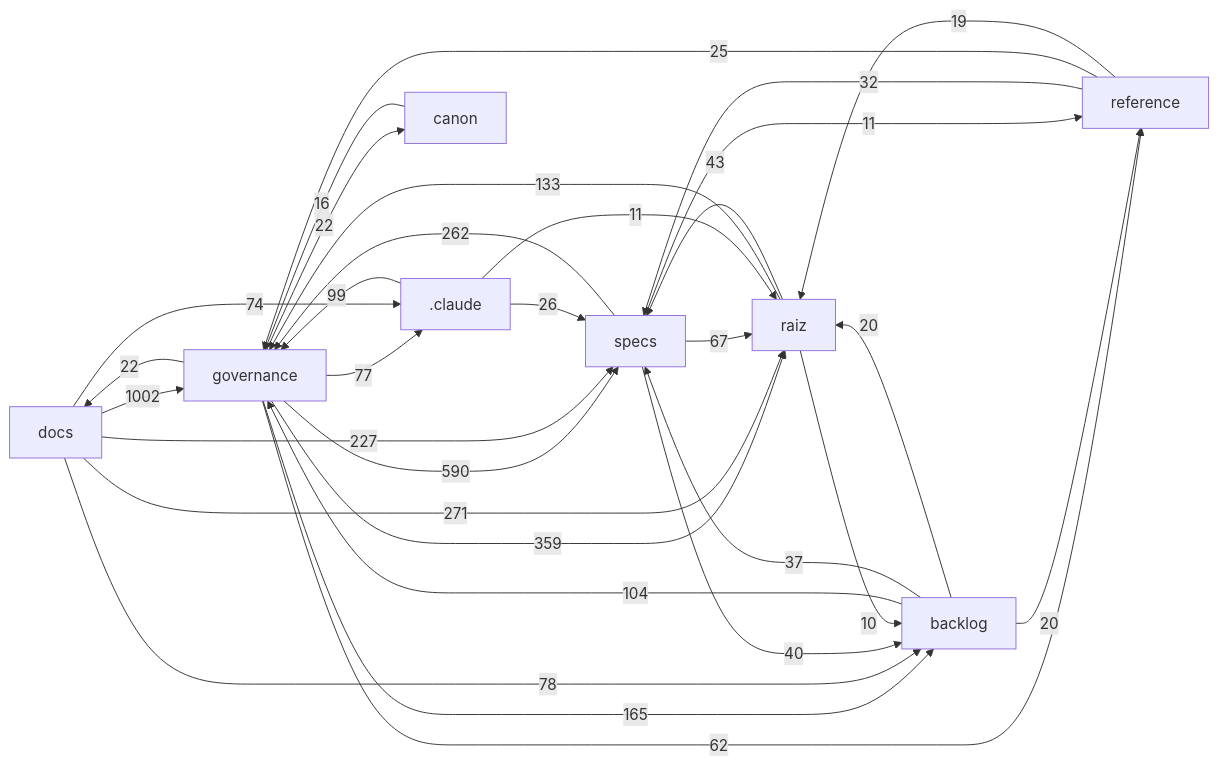
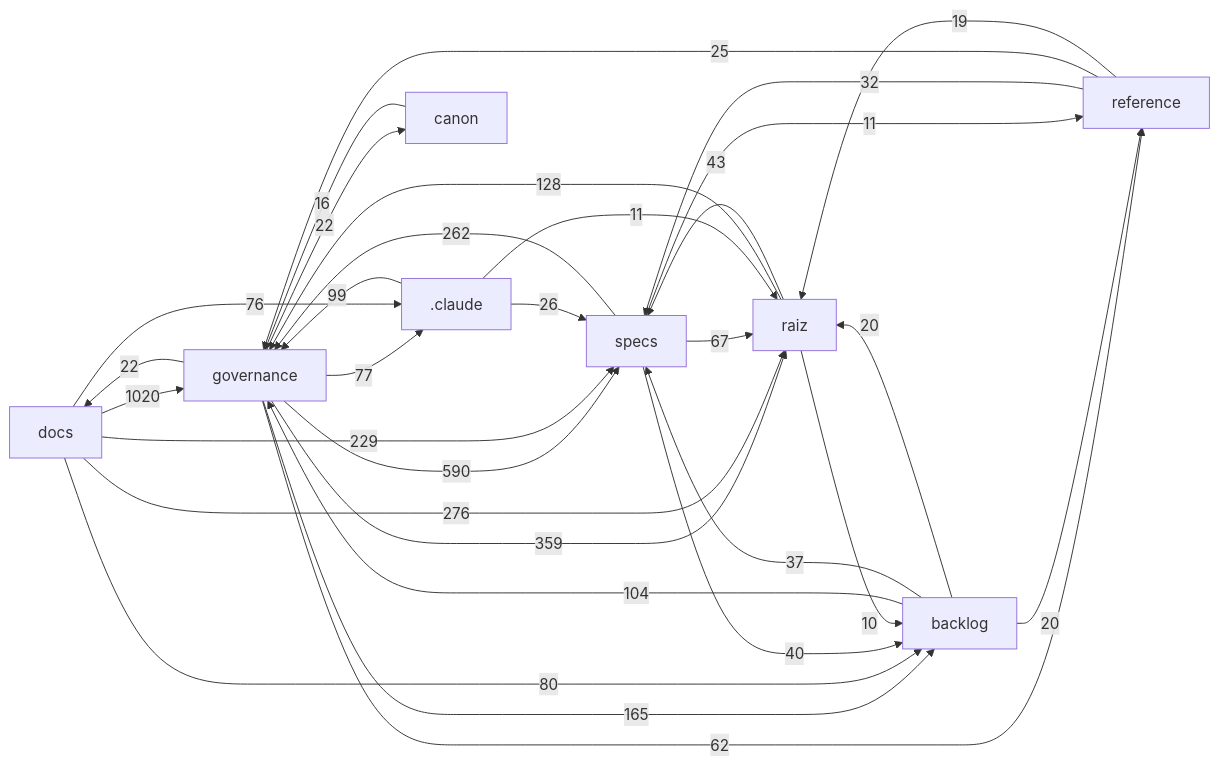
One commit to Andraus35/Sistema-Operacional-de-Trading--SOT changed the diagram in docs/mapa/MAPA-PROJETO.md. Above: the diagram before and after it, drawn with Mermaid. The commit also changed other lines of this file and 13 other files, not shown here.

````diff
--- a/docs/mapa/MAPA-PROJETO.md
+++ b/docs/mapa/MAPA-PROJETO.md
@@ -29,33 +29,33 @@
 ```mermaid
 flowchart LR
-  docs["docs"] -->|1002| governance["governance"]
+  docs["docs"] -->|1020| governance["governance"]
   governance["governance"] -->|590| specs["specs"]
   governance["governance"] -->|359| raiz["raiz"]
-  docs["docs"] -->|271| raiz["raiz"]
+  docs["docs"] -->|276| raiz["raiz"]
   specs["specs"] -->|262| governance["governance"]
-  docs["docs"] -->|227| specs["specs"]
+  docs["docs"] -->|229| specs["specs"]
   governance["governance"] -->|165| backlog["backlog"]
-  raiz["raiz"] -->|133| governance["governance"]
+  raiz["raiz"] -->|128| governance["governance"]
   backlog["backlog"] -->|104| governance["governance"]
   _claude[".claude"] -->|99| governance["governance"]
-  docs["docs"] -->|78| backlog["backlog"]
+  docs["docs"] -->|80| backlog["backlog"]
   governance["governance"] -->|77| _claude[".claude"]
-  docs["docs"] -->|74| _claude[".claude"]
+  docs["docs"] -->|76| _claude[".claude"]
   specs["specs"] -->|67| raiz["raiz"]
   governance["governance"] -->|62| reference["reference"]
   raiz["raiz"] -->|43| specs["specs"]
   specs["specs"] -->|40| backlog["backlog"]
   backlog["backlog"] -->|37| specs["specs"]
   reference["reference"] -->|32| specs["specs"]
   _claude[".claude"] -->|26| specs["specs"]
   reference["reference"] -->|25| governance["governance"]
   governance["governance"] -->|22| docs["docs"]
   governance["governance"] -->|22| canon["canon"]
   backlog["backlog"] -->|20| raiz["raiz"]
   backlog["backlog"] -->|20| reference["reference"]
   reference["reference"] -->|19| raiz["raiz"]
   canon["canon"] -->|16| governance["governance"]
   _claude[".claude"] -->|11| raiz["raiz"]
   specs["specs"] -->|11| reference["reference"]
   raiz["raiz"] -->|10| backlog["backlog"]
 ```
````
